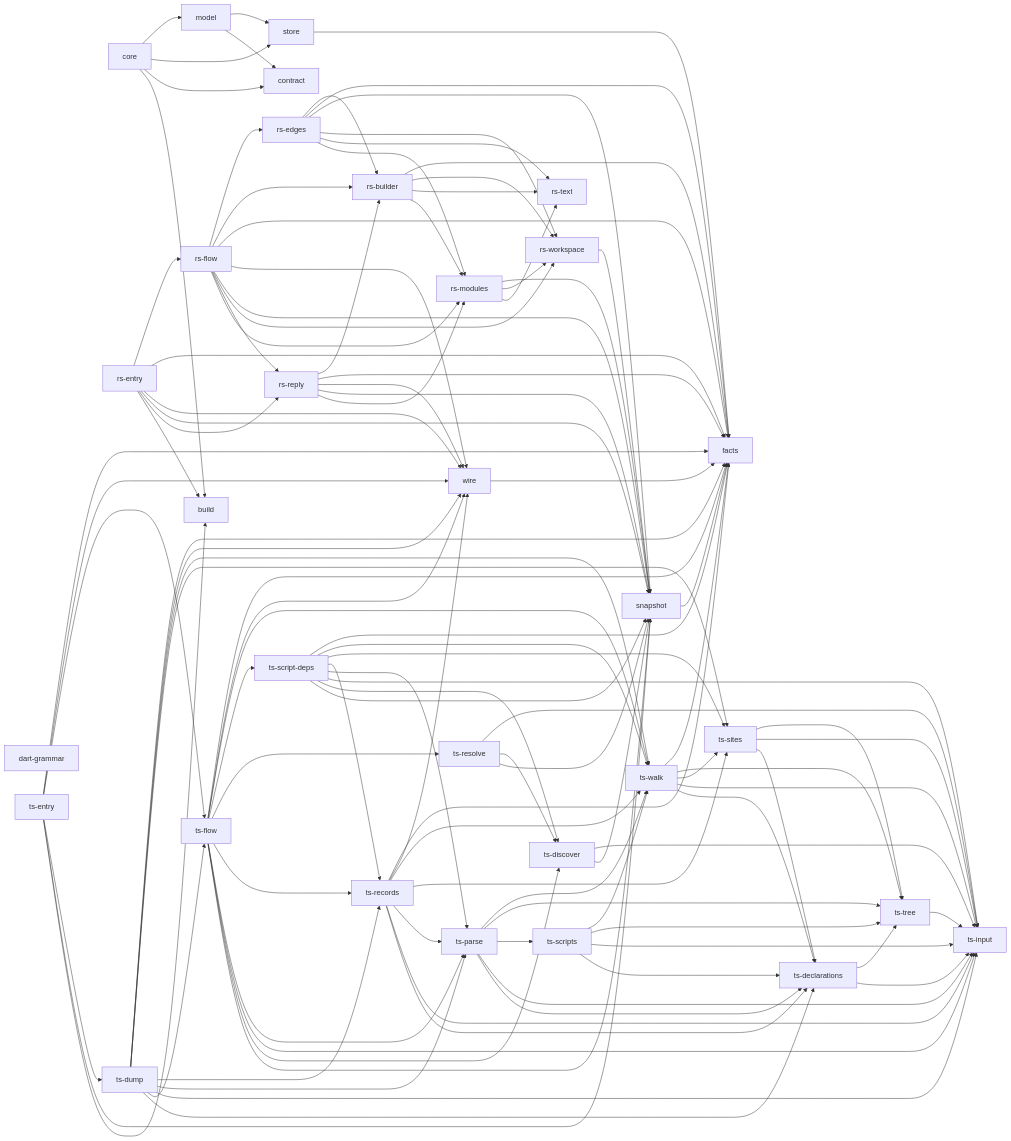
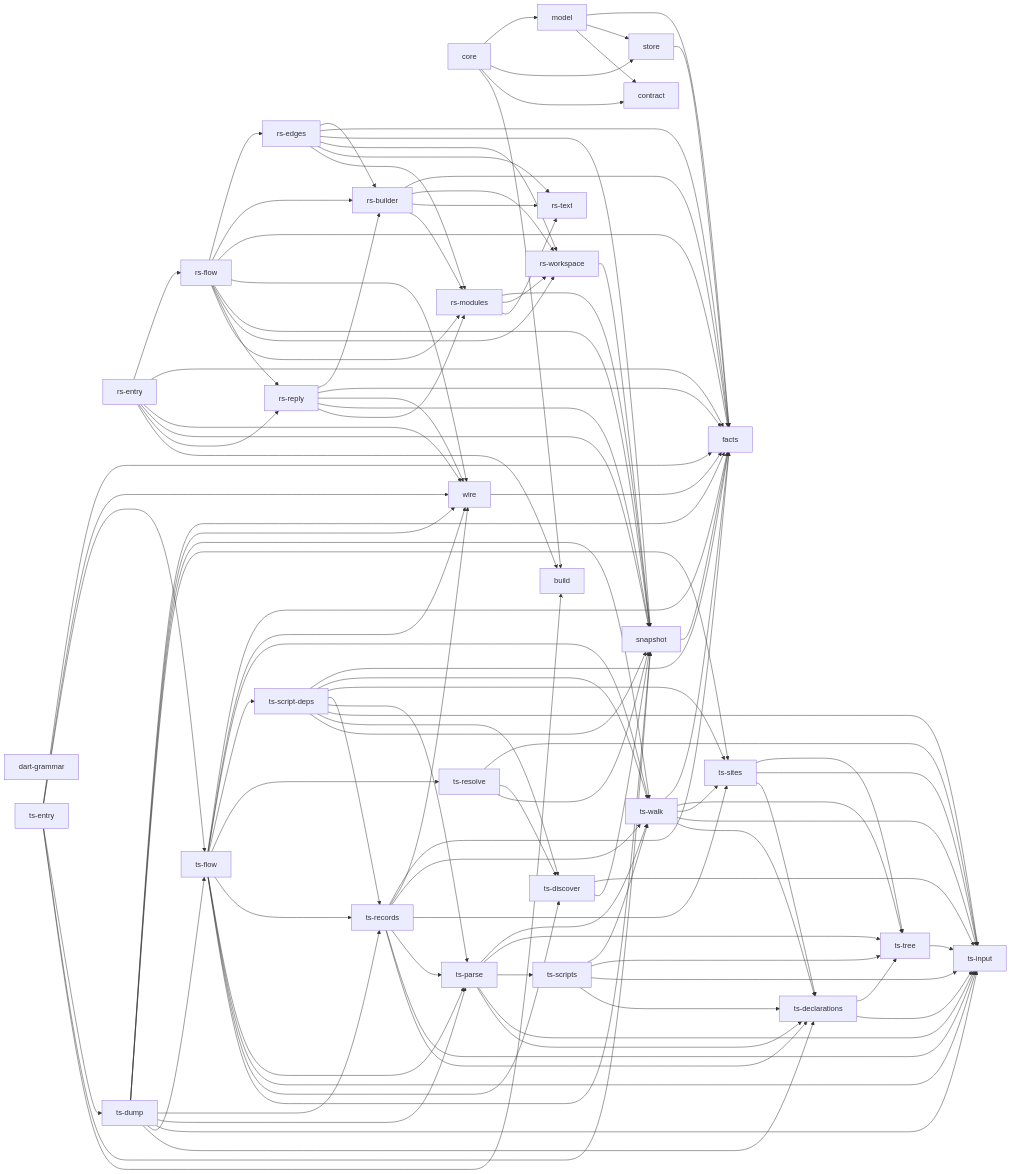
Before and after one commit to rapiddweller/archkeel: the diagram in docs/architecture/native.md, drawn with Mermaid. The commit also changed other lines of this file and 26 other files, not shown here.

```diff
--- a/docs/architecture/native.md
+++ b/docs/architecture/native.md
@@ -178,6 +178,7 @@
     n_30 --> n_4
     n_5 --> n_1
     n_5 --> n_15
+    n_5 --> n_4
     n_6 --> n_10
     n_6 --> n_12
     n_6 --> n_13
```
